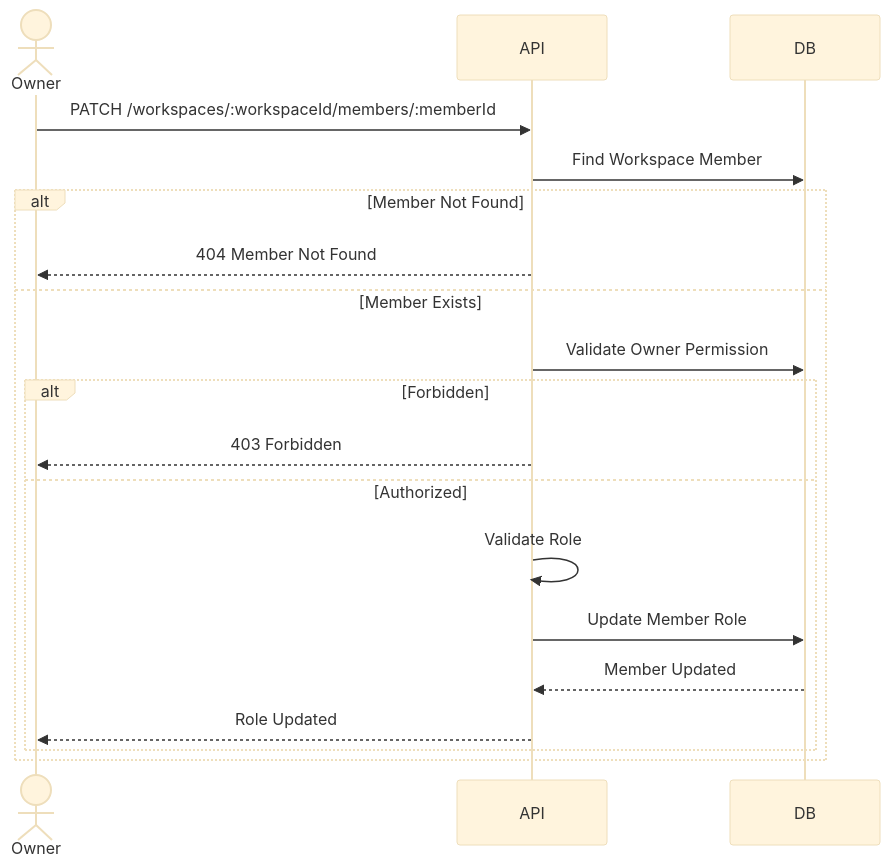
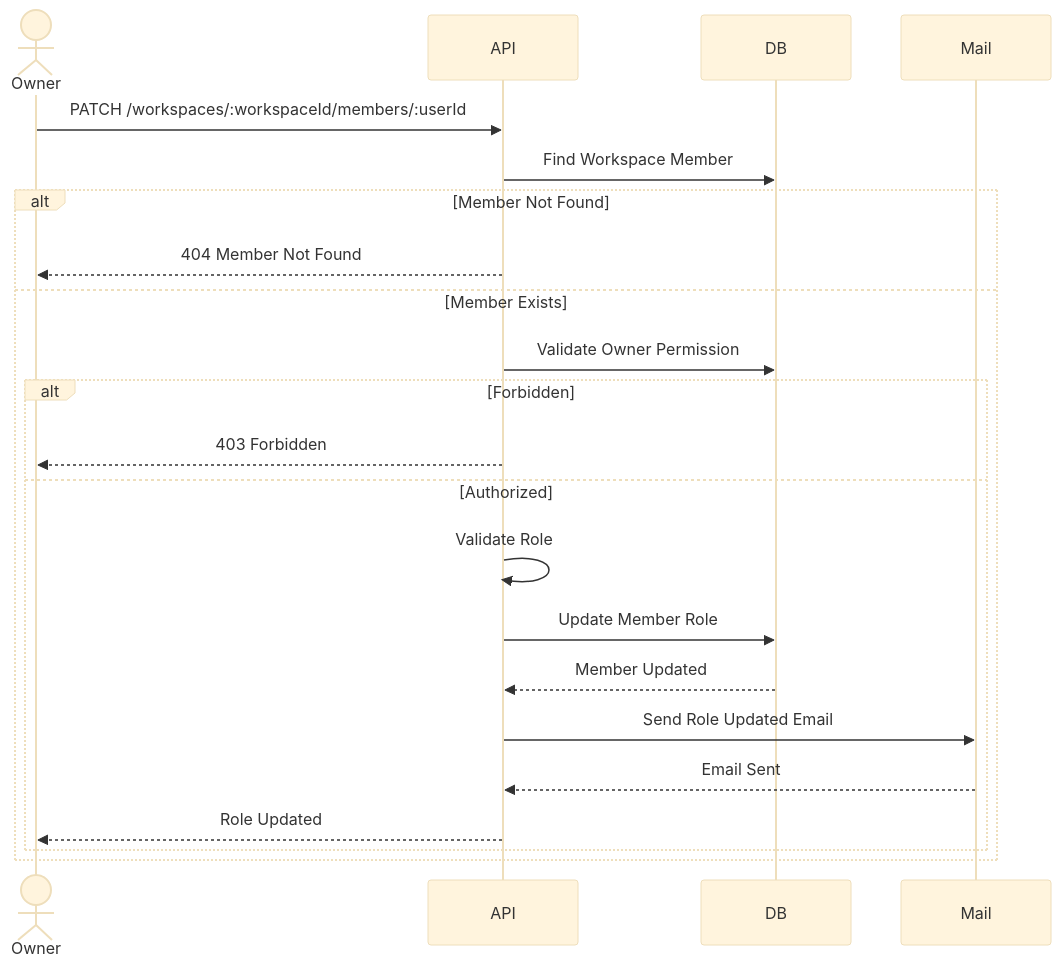
Before and after one commit to datnguyxn/LinkFlow: the fifth of 7 diagrams in docs/architecture/workspace-member/WorkspaceMember-Sequence.md, drawn with Mermaid (base theme). The commit also changed other lines of this file and 14 other files, not shown here.

Commit message:
docs(architecture): add workspace module documentation

````diff
--- a/docs/architecture/workspace-member/WorkspaceMember-Sequence.md
+++ b/docs/architecture/workspace-member/WorkspaceMember-Sequence.md
@@ -179,37 +238,42 @@
 ```mermaid
 sequenceDiagram
 
     actor Owner
     participant API
     participant DB
+    participant Mail
 
-    Owner->>API: PATCH /workspaces/:workspaceId/members/:memberId
+    Owner->>API: PATCH /workspaces/:workspaceId/members/:userId
 
     API->>DB: Find Workspace Member
 
     alt Member Not Found
 
         API-->>Owner: 404 Member Not Found
 
     else Member Exists
 
         API->>DB: Validate Owner Permission
 
         alt Forbidden
 
             API-->>Owner: 403 Forbidden
 
         else Authorized
 
             API->>API: Validate Role
 
             API->>DB: Update Member Role
 
             DB-->>API: Member Updated
 
+            API->>Mail: Send Role Updated Email
+
+            Mail-->>API: Email Sent
+
             API-->>Owner: Role Updated
 
         end
 
     end
 ```
````
